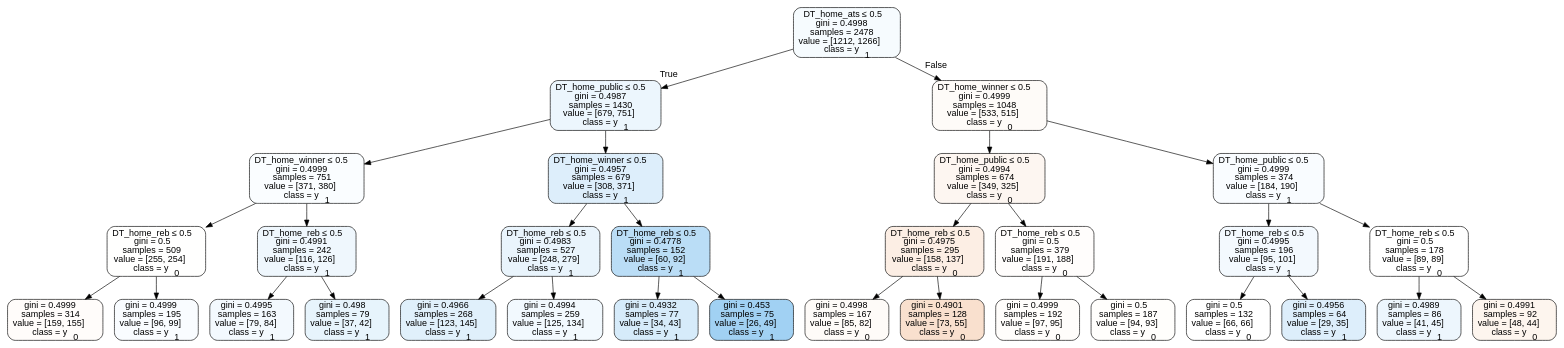
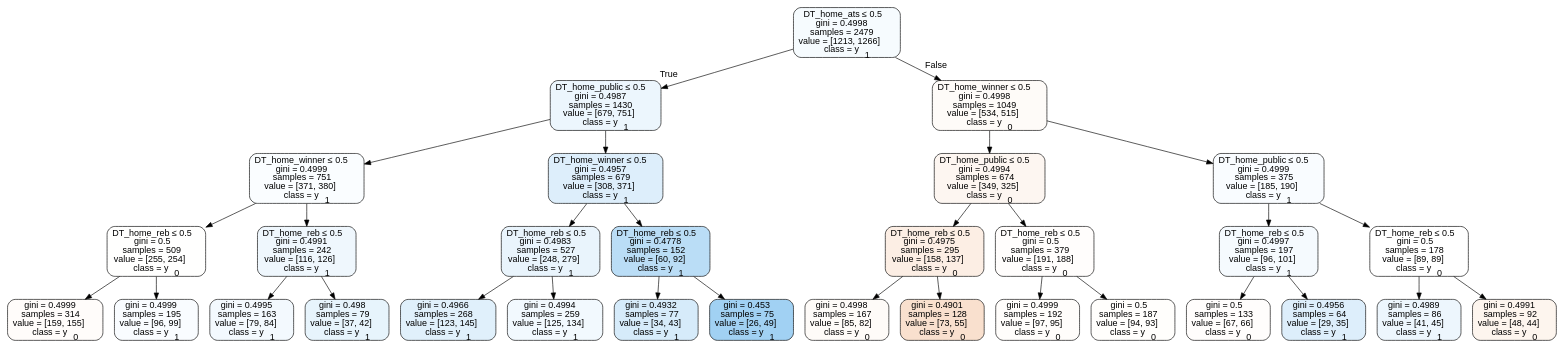
The diagram in Basketball/data/trees/tree2015neutral.dot (usbogie/ncaa-bets), drawn with Graphviz before and after one commit. The commit also changed 33 other files, not shown here.

```diff
--- a/Basketball/data/trees/tree2015neutral.dot
+++ b/Basketball/data/trees/tree2015neutral.dot
@@ -1,65 +1,65 @@
 digraph Tree {
 node [shape=box, style="filled, rounded", color="black", fontname=helvetica] ;
 edge [fontname=helvetica] ;
-0 [label=<DT_home_ats &le; 0.5<br/>gini = 0.4998<br/>samples = 2478<br/>value = [1212, 1266]<br/>class = y<SUB>1</SUB>>, fillcolor="#399de50b"] ;
+0 [label=<DT_home_ats &le; 0.5<br/>gini = 0.4998<br/>samples = 2479<br/>value = [1213, 1266]<br/>class = y<SUB>1</SUB>>, fillcolor="#399de50b"] ;
 1 [label=<DT_home_public &le; 0.5<br/>gini = 0.4987<br/>samples = 1430<br/>value = [679, 751]<br/>class = y<SUB>1</SUB>>, fillcolor="#399de518"] ;
 0 -> 1 [labeldistance=2.5, labelangle=45, headlabel="True"] ;
 2 [label=<DT_home_winner &le; 0.5<br/>gini = 0.4999<br/>samples = 751<br/>value = [371, 380]<br/>class = y<SUB>1</SUB>>, fillcolor="#399de506"] ;
 1 -> 2 ;
 3 [label=<DT_home_reb &le; 0.5<br/>gini = 0.5<br/>samples = 509<br/>value = [255, 254]<br/>class = y<SUB>0</SUB>>, fillcolor="#e5813901"] ;
 2 -> 3 ;
 4 [label=<gini = 0.4999<br/>samples = 314<br/>value = [159, 155]<br/>class = y<SUB>0</SUB>>, fillcolor="#e5813906"] ;
 3 -> 4 ;
 5 [label=<gini = 0.4999<br/>samples = 195<br/>value = [96, 99]<br/>class = y<SUB>1</SUB>>, fillcolor="#399de508"] ;
 3 -> 5 ;
 6 [label=<DT_home_reb &le; 0.5<br/>gini = 0.4991<br/>samples = 242<br/>value = [116, 126]<br/>class = y<SUB>1</SUB>>, fillcolor="#399de514"] ;
 2 -> 6 ;
 7 [label=<gini = 0.4995<br/>samples = 163<br/>value = [79, 84]<br/>class = y<SUB>1</SUB>>, fillcolor="#399de50f"] ;
 6 -> 7 ;
 8 [label=<gini = 0.498<br/>samples = 79<br/>value = [37, 42]<br/>class = y<SUB>1</SUB>>, fillcolor="#399de51e"] ;
 6 -> 8 ;
 9 [label=<DT_home_winner &le; 0.5<br/>gini = 0.4957<br/>samples = 679<br/>value = [308, 371]<br/>class = y<SUB>1</SUB>>, fillcolor="#399de52b"] ;
 1 -> 9 ;
 10 [label=<DT_home_reb &le; 0.5<br/>gini = 0.4983<br/>samples = 527<br/>value = [248, 279]<br/>class = y<SUB>1</SUB>>, fillcolor="#399de51c"] ;
 9 -> 10 ;
 11 [label=<gini = 0.4966<br/>samples = 268<br/>value = [123, 145]<br/>class = y<SUB>1</SUB>>, fillcolor="#399de527"] ;
 10 -> 11 ;
 12 [label=<gini = 0.4994<br/>samples = 259<br/>value = [125, 134]<br/>class = y<SUB>1</SUB>>, fillcolor="#399de511"] ;
 10 -> 12 ;
 13 [label=<DT_home_reb &le; 0.5<br/>gini = 0.4778<br/>samples = 152<br/>value = [60, 92]<br/>class = y<SUB>1</SUB>>, fillcolor="#399de559"] ;
 9 -> 13 ;
 14 [label=<gini = 0.4932<br/>samples = 77<br/>value = [34, 43]<br/>class = y<SUB>1</SUB>>, fillcolor="#399de535"] ;
 13 -> 14 ;
 15 [label=<gini = 0.453<br/>samples = 75<br/>value = [26, 49]<br/>class = y<SUB>1</SUB>>, fillcolor="#399de578"] ;
 13 -> 15 ;
-16 [label=<DT_home_winner &le; 0.5<br/>gini = 0.4999<br/>samples = 1048<br/>value = [533, 515]<br/>class = y<SUB>0</SUB>>, fillcolor="#e5813909"] ;
+16 [label=<DT_home_winner &le; 0.5<br/>gini = 0.4998<br/>samples = 1049<br/>value = [534, 515]<br/>class = y<SUB>0</SUB>>, fillcolor="#e5813909"] ;
 0 -> 16 [labeldistance=2.5, labelangle=-45, headlabel="False"] ;
 17 [label=<DT_home_public &le; 0.5<br/>gini = 0.4994<br/>samples = 674<br/>value = [349, 325]<br/>class = y<SUB>0</SUB>>, fillcolor="#e5813912"] ;
 16 -> 17 ;
 18 [label=<DT_home_reb &le; 0.5<br/>gini = 0.4975<br/>samples = 295<br/>value = [158, 137]<br/>class = y<SUB>0</SUB>>, fillcolor="#e5813922"] ;
 17 -> 18 ;
 19 [label=<gini = 0.4998<br/>samples = 167<br/>value = [85, 82]<br/>class = y<SUB>0</SUB>>, fillcolor="#e5813909"] ;
 18 -> 19 ;
 20 [label=<gini = 0.4901<br/>samples = 128<br/>value = [73, 55]<br/>class = y<SUB>0</SUB>>, fillcolor="#e581393f"] ;
 18 -> 20 ;
 21 [label=<DT_home_reb &le; 0.5<br/>gini = 0.5<br/>samples = 379<br/>value = [191, 188]<br/>class = y<SUB>0</SUB>>, fillcolor="#e5813904"] ;
 17 -> 21 ;
 22 [label=<gini = 0.4999<br/>samples = 192<br/>value = [97, 95]<br/>class = y<SUB>0</SUB>>, fillcolor="#e5813905"] ;
 21 -> 22 ;
 23 [label=<gini = 0.5<br/>samples = 187<br/>value = [94, 93]<br/>class = y<SUB>0</SUB>>, fillcolor="#e5813903"] ;
 21 -> 23 ;
-24 [label=<DT_home_public &le; 0.5<br/>gini = 0.4999<br/>samples = 374<br/>value = [184, 190]<br/>class = y<SUB>1</SUB>>, fillcolor="#399de508"] ;
+24 [label=<DT_home_public &le; 0.5<br/>gini = 0.4999<br/>samples = 375<br/>value = [185, 190]<br/>class = y<SUB>1</SUB>>, fillcolor="#399de507"] ;
 16 -> 24 ;
-25 [label=<DT_home_reb &le; 0.5<br/>gini = 0.4995<br/>samples = 196<br/>value = [95, 101]<br/>class = y<SUB>1</SUB>>, fillcolor="#399de50f"] ;
+25 [label=<DT_home_reb &le; 0.5<br/>gini = 0.4997<br/>samples = 197<br/>value = [96, 101]<br/>class = y<SUB>1</SUB>>, fillcolor="#399de50d"] ;
 24 -> 25 ;
-26 [label=<gini = 0.5<br/>samples = 132<br/>value = [66, 66]<br/>class = y<SUB>0</SUB>>, fillcolor="#e5813900"] ;
+26 [label=<gini = 0.5<br/>samples = 133<br/>value = [67, 66]<br/>class = y<SUB>0</SUB>>, fillcolor="#e5813904"] ;
 25 -> 26 ;
 27 [label=<gini = 0.4956<br/>samples = 64<br/>value = [29, 35]<br/>class = y<SUB>1</SUB>>, fillcolor="#399de52c"] ;
 25 -> 27 ;
 28 [label=<DT_home_reb &le; 0.5<br/>gini = 0.5<br/>samples = 178<br/>value = [89, 89]<br/>class = y<SUB>0</SUB>>, fillcolor="#e5813900"] ;
 24 -> 28 ;
 29 [label=<gini = 0.4989<br/>samples = 86<br/>value = [41, 45]<br/>class = y<SUB>1</SUB>>, fillcolor="#399de517"] ;
 28 -> 29 ;
 30 [label=<gini = 0.4991<br/>samples = 92<br/>value = [48, 44]<br/>class = y<SUB>0</SUB>>, fillcolor="#e5813915"] ;
 28 -> 30 ;
 }
```
